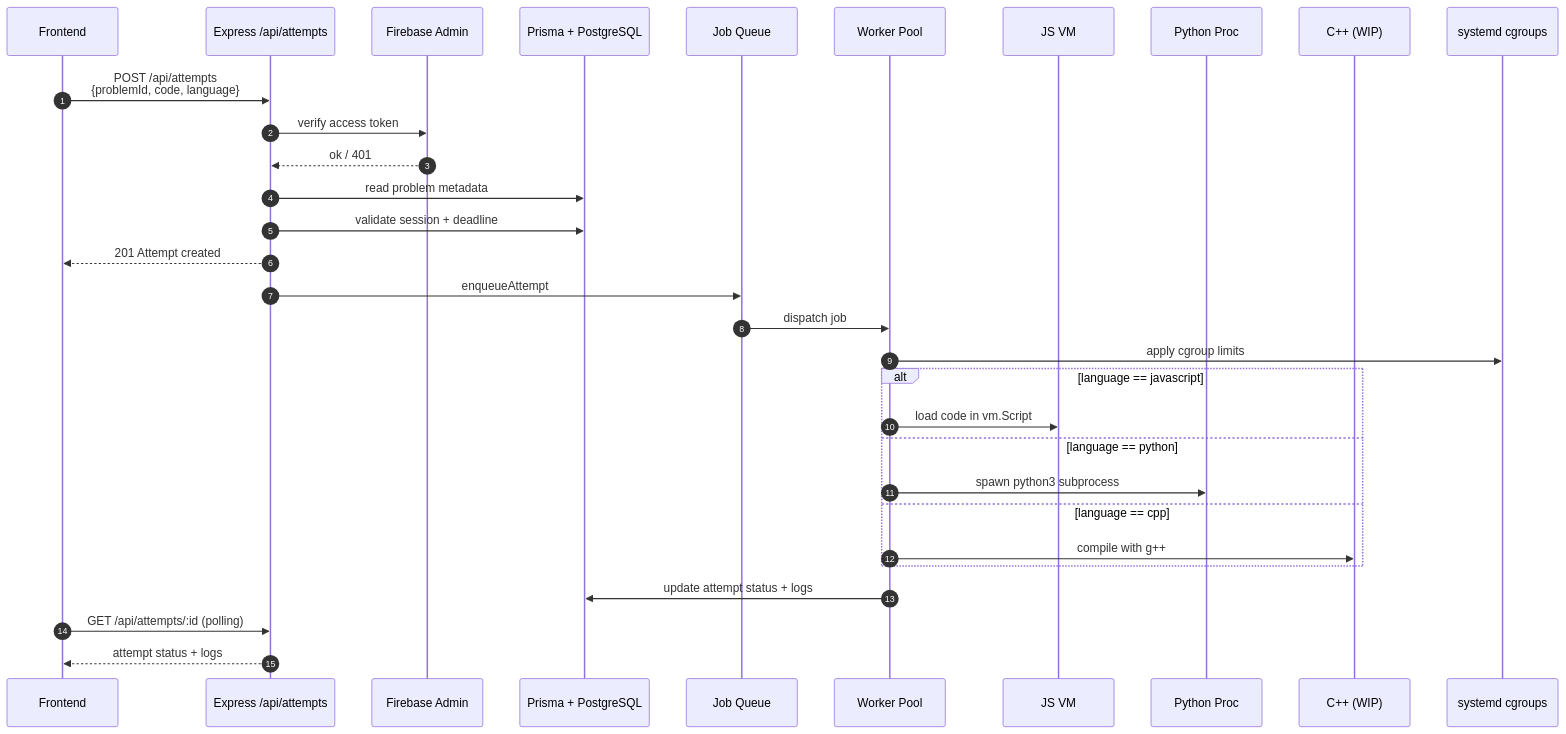
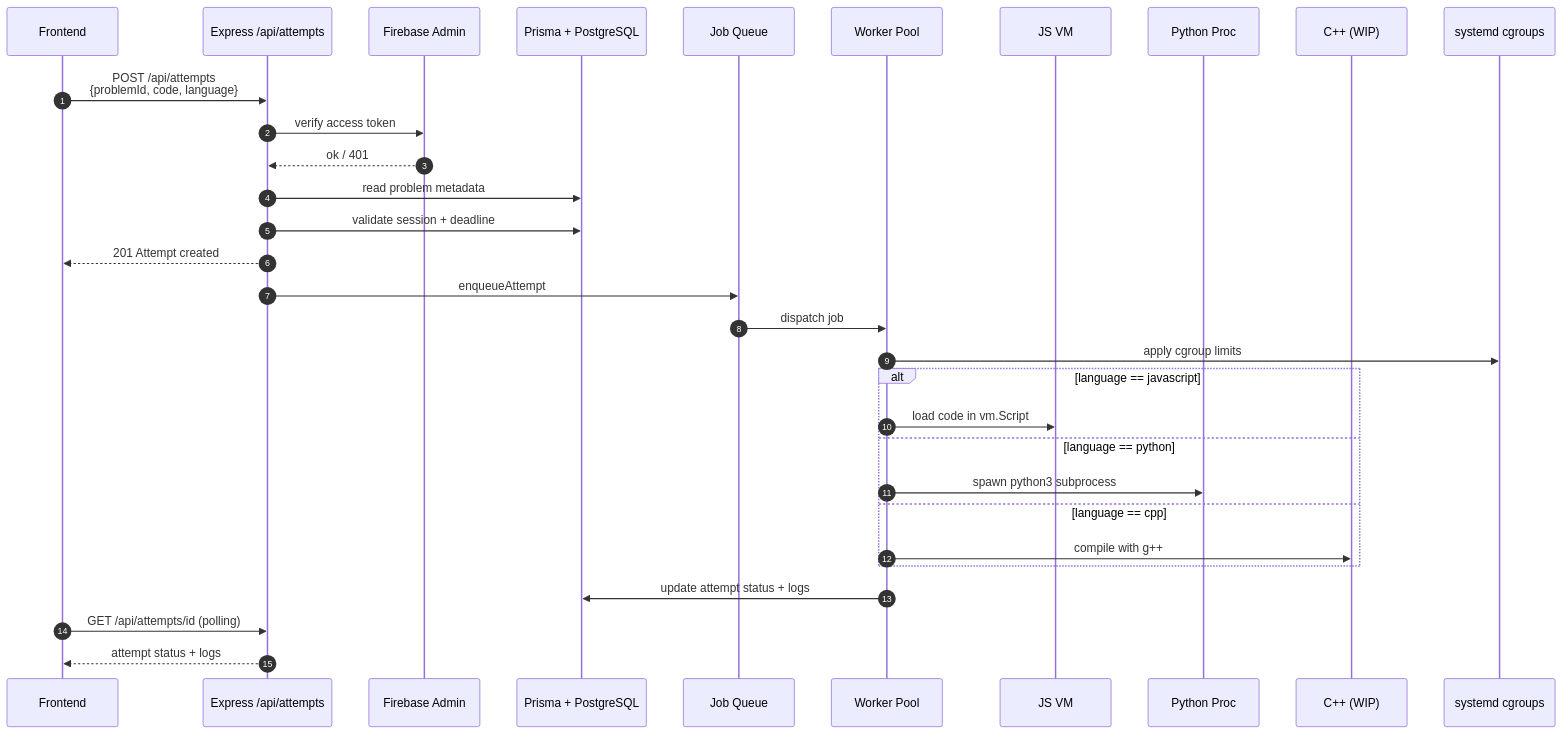
Before and after one commit to 0isoft/toxicpair: the fourth of 6 diagrams in README.md, drawn with Mermaid. The commit also changed other lines of this file, not shown here.

````diff
--- a/README.md
+++ b/README.md
@@ -165,37 +165,37 @@
 ```mermaid
 sequenceDiagram
   autonumber
   participant FE as Frontend
   participant API as Express /api/attempts
   participant Auth as Firebase Admin
   participant DB as Prisma + PostgreSQL
   participant Q as Job Queue
   participant W as Worker Pool
   participant JS as JS VM
   participant PY as Python Proc
   participant CPP as C++ (WIP)
   participant CG as systemd cgroups
 
   FE->>API: POST /api/attempts<br/>{problemId, code, language}
   API->>Auth: verify access token
   Auth-->>API: ok / 401
   API->>DB: read problem metadata
   API->>DB: validate session + deadline
   API-->>FE: 201 Attempt created
   API->>Q: enqueueAttempt
 
   Q->>W: dispatch job
   W->>CG: apply cgroup limits
   
   alt language == javascript
     W->>JS: load code in vm.Script
   else language == python
     W->>PY: spawn python3 subprocess
   else language == cpp
     W->>CPP: compile with g++
   end
 
   W->>DB: update attempt status + logs
-  FE->>API: GET /api/attempts/:id (polling)
+  FE->>API: GET /api/attempts/id (polling)
   API-->>FE: attempt status + logs
 ```
````
